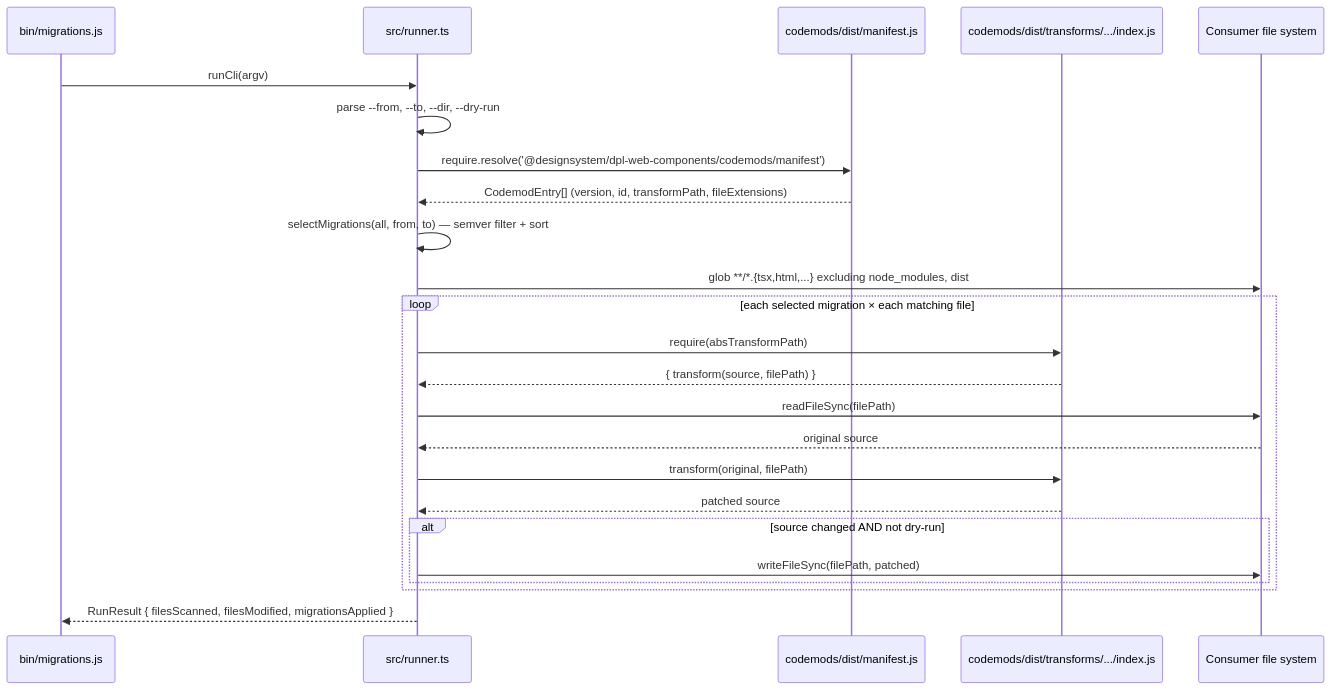
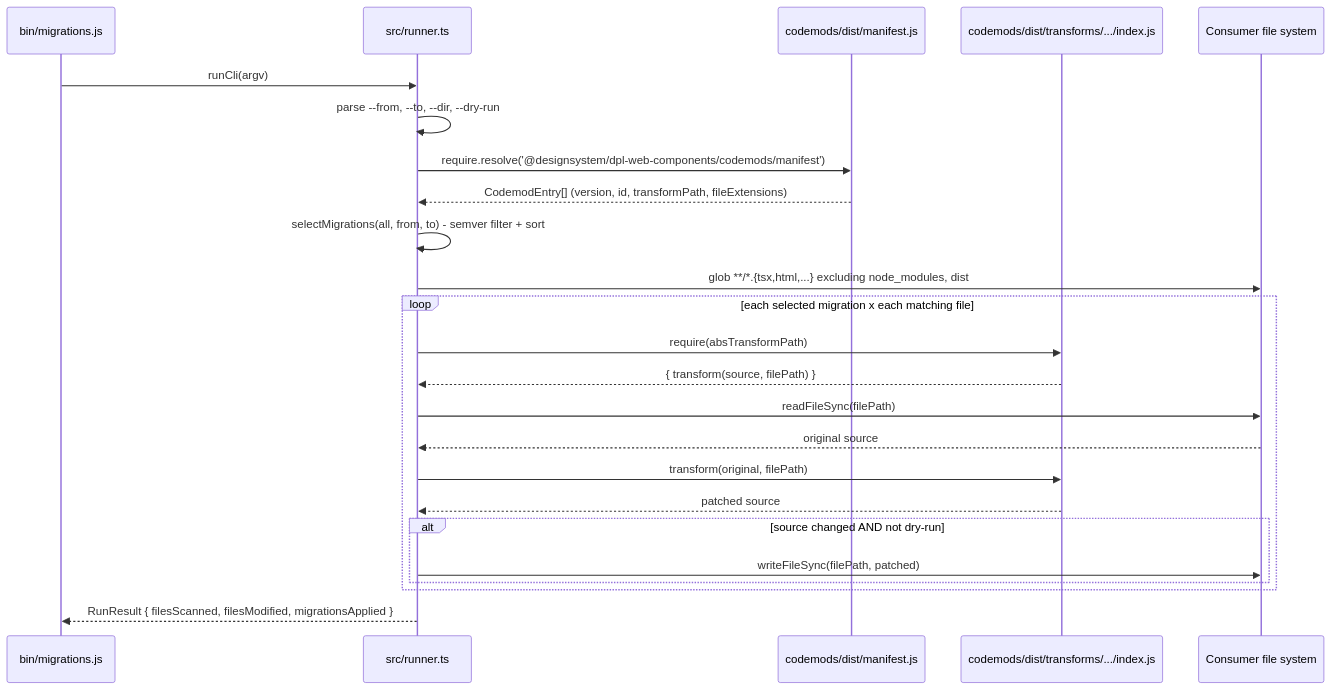
Before and after one commit to phhbr/nx: the second of 2 diagrams in packages/dpl-web-components/codemods/README.md, drawn with Mermaid. The commit also changed other lines of this file and 4 other files, not shown here.

````diff
--- a/packages/dpl-web-components/codemods/README.md
+++ b/packages/dpl-web-components/codemods/README.md
@@ -96,27 +99,27 @@
 ```mermaid
 sequenceDiagram
     participant CLI as bin/migrations.js
     participant Runner as src/runner.ts
     participant Manifest as codemods/dist/manifest.js
     participant Transform as codemods/dist/transforms/.../index.js
     participant FS as Consumer file system
 
     CLI->>Runner: runCli(argv)
     Runner->>Runner: parse --from, --to, --dir, --dry-run
     Runner->>Manifest: require.resolve('@designsystem/dpl-web-components/codemods/manifest')
     Manifest-->>Runner: CodemodEntry[] (version, id, transformPath, fileExtensions)
-    Runner->>Runner: selectMigrations(all, from, to) — semver filter + sort
+    Runner->>Runner: selectMigrations(all, from, to) - semver filter + sort
     Runner->>FS: glob **/*.{tsx,html,...} excluding node_modules, dist
-    loop each selected migration × each matching file
+    loop each selected migration x each matching file
         Runner->>Transform: require(absTransformPath)
         Transform-->>Runner: { transform(source, filePath) }
         Runner->>FS: readFileSync(filePath)
         FS-->>Runner: original source
         Runner->>Transform: transform(original, filePath)
         Transform-->>Runner: patched source
         alt source changed AND not dry-run
             Runner->>FS: writeFileSync(filePath, patched)
         end
     end
     Runner-->>CLI: RunResult { filesScanned, filesModified, migrationsApplied }
 ```
````
